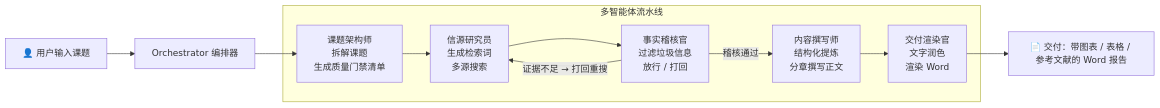
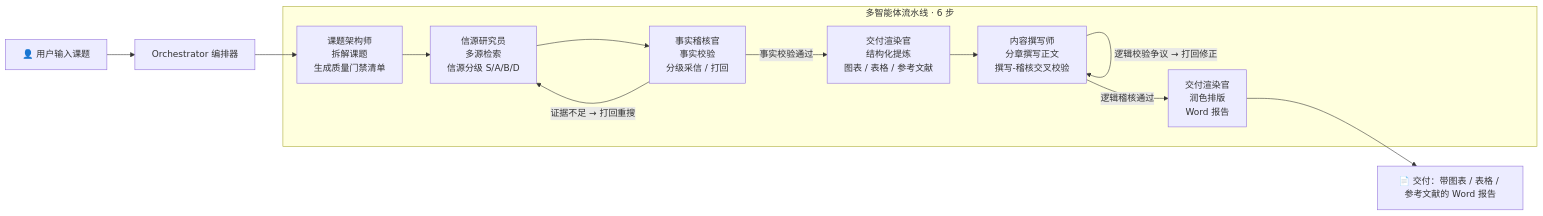
One commit to yuyu-0808/eco-research-copilot changed the diagram in README.md. Above: the diagram before and after it, drawn with Mermaid. The commit also changed other lines of this file and 11 other files, not shown here.

````diff
--- a/README.md
+++ b/README.md
@@ -36,15 +36,18 @@
 ```mermaid
 flowchart LR
     U[👤 用户输入课题] --> O[Orchestrator 编排器]
-    subgraph Pipeline["多智能体流水线"]
+    subgraph Pipeline["多智能体流水线 · 6 步"]
         A1[课题架构师<br/>拆解课题<br/>生成质量门禁清单]
-        A2[信源研究员<br/>生成检索词<br/>多源搜索]
-        A3[事实稽核官<br/>过滤垃圾信息<br/>放行 / 打回]
-        A4[内容撰写师<br/>结构化提炼<br/>分章撰写正文]
-        A5[交付渲染官<br/>文字润色<br/>渲染 Word]
+        A2[信源研究员<br/>多源检索<br/>信源分级 S/A/B/D]
+        A3[事实稽核官<br/>事实校验<br/>分级采信 / 打回]
+        A4[交付渲染官<br/>结构化提炼<br/>图表 / 表格 / 参考文献]
+        A5[内容撰写师<br/>分章撰写正文<br/>撰写-稽核交叉校验]
+        A6[交付渲染官<br/>润色排版<br/>Word 报告]
     end
     O --> A1 --> A2 --> A3
     A3 -- "证据不足 → 打回重搜" --> A2
-    A3 -- "稽核通过" --> A4 --> A5
-    A5 --> D[📄 交付：带图表 / 表格 / 参考文献的 Word 报告]
+    A3 -- "事实校验通过" --> A4 --> A5
+    A5 -- "逻辑校验争议 → 打回修正" --> A5
+    A5 -- "逻辑稽核通过" --> A6
+    A6 --> D[📄 交付：带图表 / 表格 / 参考文献的 Word 报告]
 ```
````
